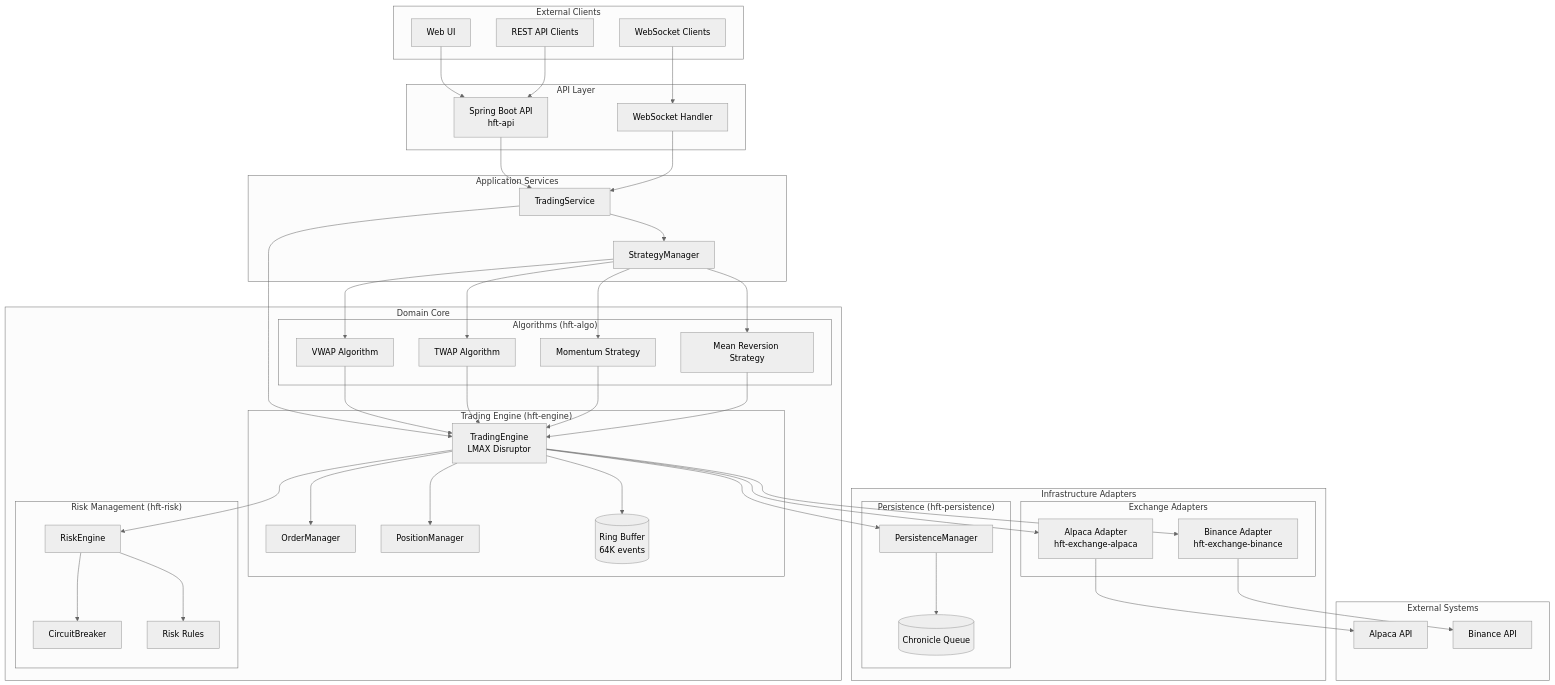
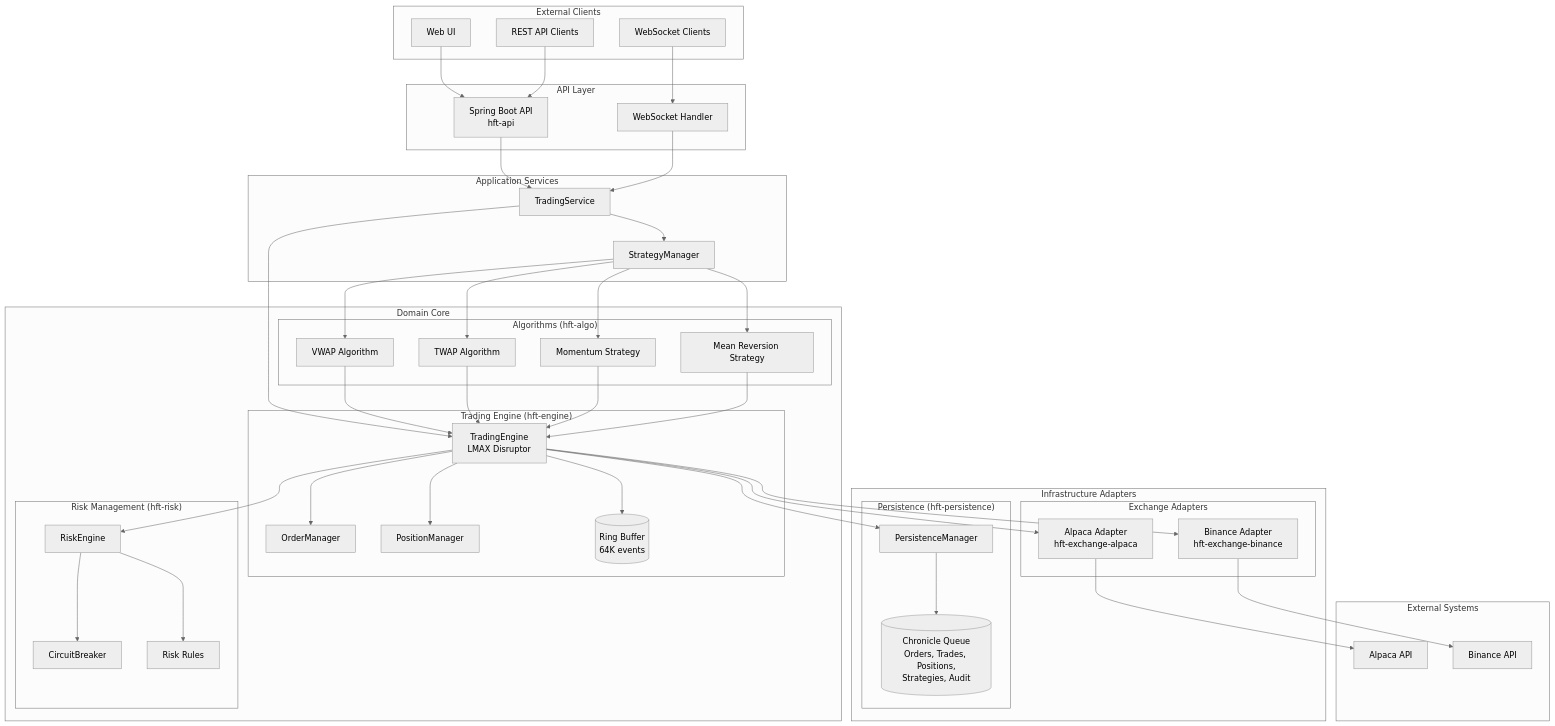
One commit to lukmusial/trading-client changed the first of 33 diagrams in docs/ARCHITECTURE.md. Above: the diagram before and after it, drawn with Mermaid (neutral theme). The commit also changed other lines of this file and 2 other files, not shown here.

First line of the commit message:
Add README and update architecture docs to reflect current state

```diff
--- a/docs/ARCHITECTURE.md
+++ b/docs/ARCHITECTURE.md
@@ -67,7 +67,7 @@
 
         subgraph "Persistence (hft-persistence)"
             PER[PersistenceManager]
-            CQ[(Chronicle Queue)]
+            CQ[(Chronicle Queue<br/>Orders, Trades, Positions,<br/>Strategies, Audit)]
         end
     end
 
```
